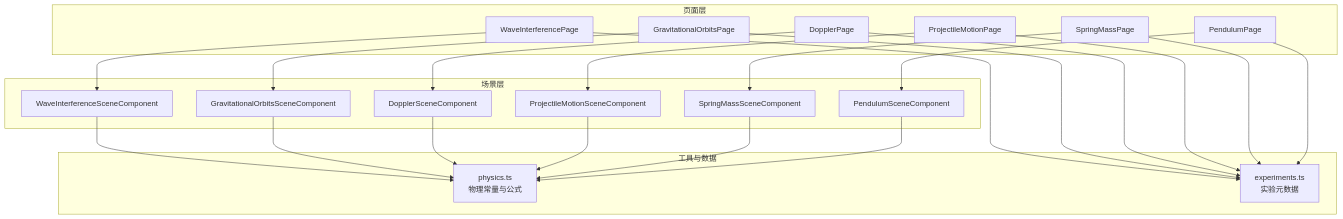
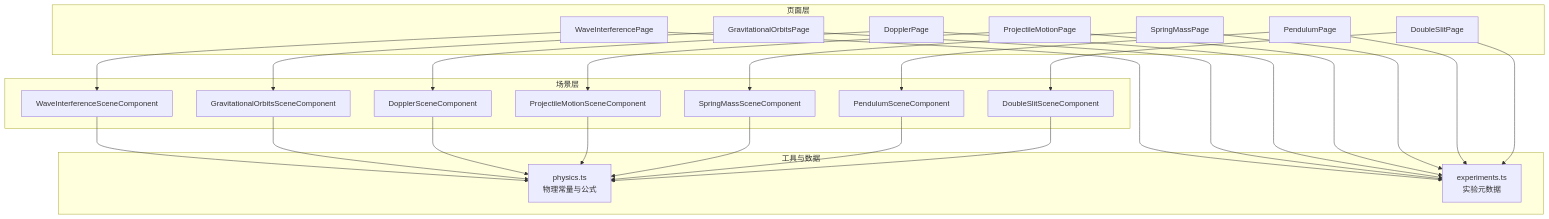
Before and after one commit to KaiYun-Wang/phys-lab-3d: the first of 10 diagrams in .qoder/repowiki/zh/content/实验系统/物理类实验.md, drawn with Mermaid. The commit also changed other lines of this file and 11 other files, not shown here.

````diff
--- a/.qoder/repowiki/zh/content/实验系统/物理类实验.md
+++ b/.qoder/repowiki/zh/content/实验系统/物理类实验.md
@@ -42,41 +56,46 @@
 ```mermaid
 graph TB
 subgraph "页面层"
 WP["WaveInterferencePage"]
 GOP["GravitationalOrbitsPage"]
 DP["DopplerPage"]
 PM_P["ProjectileMotionPage"]
 SM_P["SpringMassPage"]
 PEN_P["PendulumPage"]
+DSP["DoubleSlitPage"]
 end
 subgraph "场景层"
 WIS["WaveInterferenceSceneComponent"]
 GOS["GravitationalOrbitsSceneComponent"]
 DOS["DopplerSceneComponent"]
 PMS["ProjectileMotionSceneComponent"]
 SMS["SpringMassSceneComponent"]
 PENS["PendulumSceneComponent"]
+DSS["DoubleSlitSceneComponent"]
 end
 subgraph "工具与数据"
 PHY["physics.ts<br/>物理常量与公式"]
 EXP["experiments.ts<br/>实验元数据"]
 end
 WP --> WIS
 GOP --> GOS
 DP --> DOS
 PM_P --> PMS
 SM_P --> SMS
 PEN_P --> PENS
+DSP --> DSS
 WIS --> PHY
 GOS --> PHY
 DOS --> PHY
 PMS --> PHY
 SMS --> PHY
 PENS --> PHY
+DSS --> PHY
 WP --> EXP
 GOP --> EXP
 DP --> EXP
 PM_P --> EXP
 SM_P --> EXP
 PEN_P --> EXP
+DSP --> EXP
 ```
````
